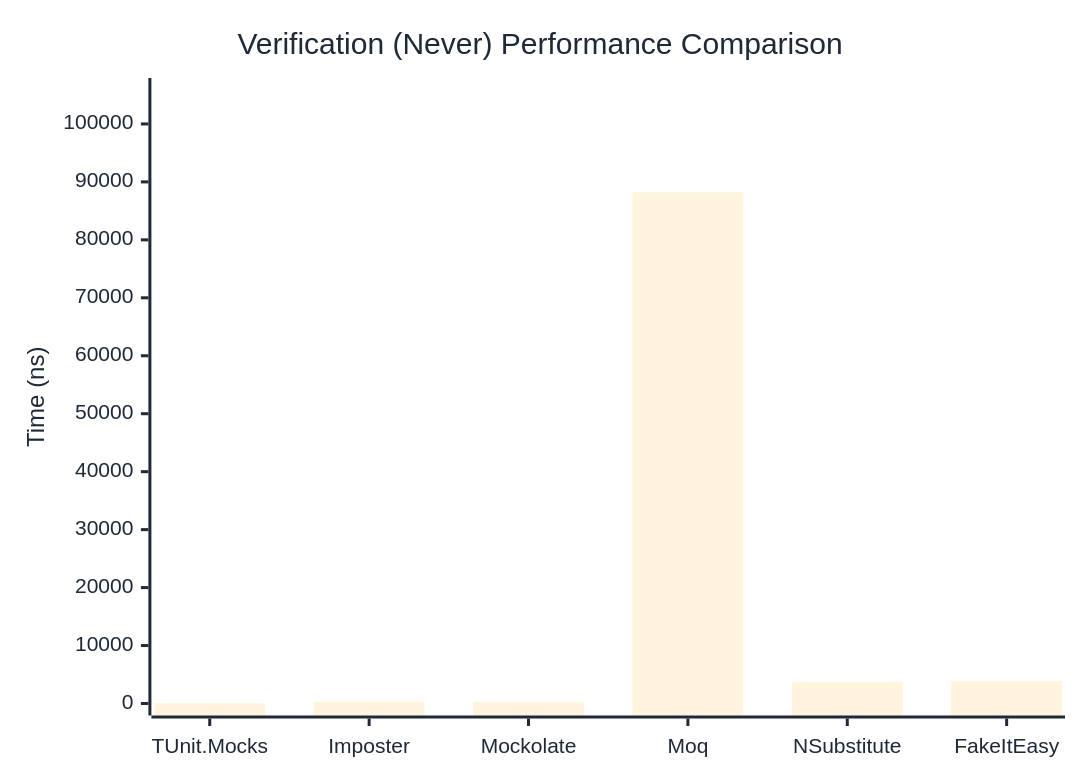
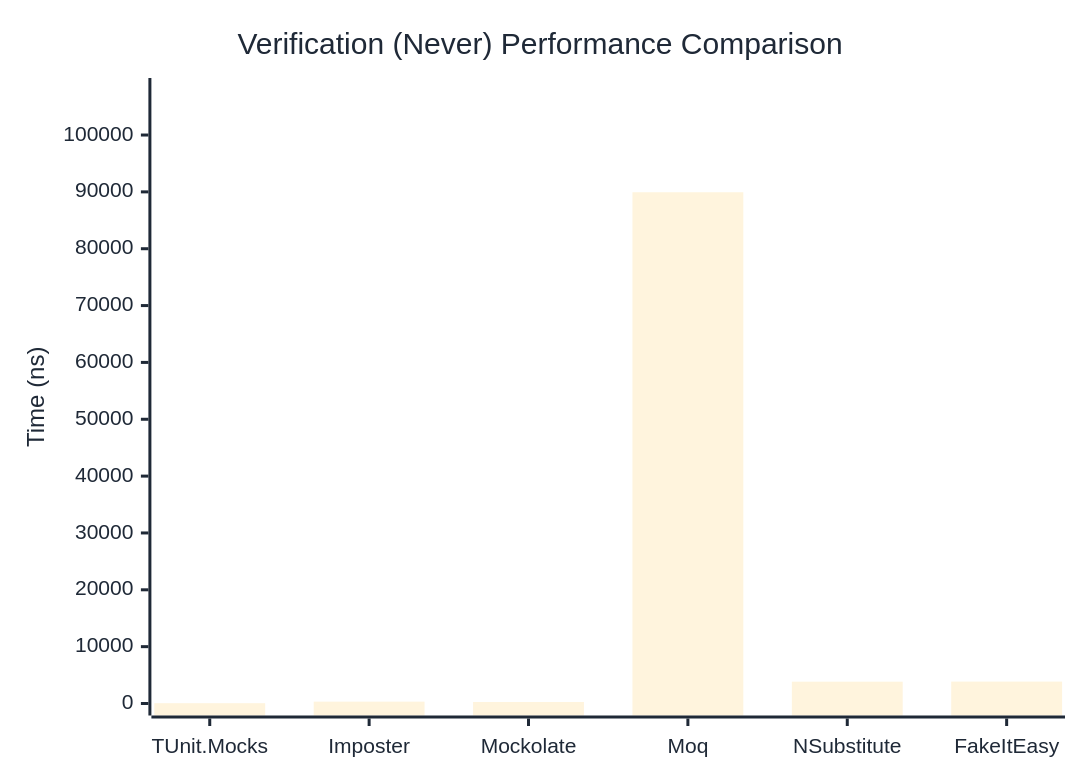
The second of 3 diagrams in docs/docs/benchmarks/mocks/Verification.md (thomhurst/TUnit), drawn with Mermaid before and after one commit. The commit also changed other lines of this file and 14 other files, not shown here.

````diff
--- a/docs/docs/benchmarks/mocks/Verification.md
+++ b/docs/docs/benchmarks/mocks/Verification.md
@@ -71,27 +71,27 @@
 ```mermaid
 %%{init: {
   'theme':'base',
   'themeVariables': {
     'primaryColor': '#2563eb',
     'primaryTextColor': '#1f2937',
     'primaryBorderColor': '#1e40af',
     'lineColor': '#6b7280',
     'secondaryColor': '#7c3aed',
     'tertiaryColor': '#dc2626',
     'background': '#ffffff',
     'pie1': '#2563eb',
     'pie2': '#7c3aed',
     'pie3': '#dc2626',
     'pie4': '#f59e0b',
     'pie5': '#10b981',
     'pie6': '#06b6d4',
     'pie7': '#ec4899',
     'pie8': '#6366f1'
   }
 }}%%
 xychart-beta
   title "Verification (Never) Performance Comparison"
   x-axis ["TUnit.Mocks", "Imposter", "Mockolate", "Moq", "NSubstitute", "FakeItEasy"]
-  y-axis "Time (ns)" 0 --> 105856
-  bar [53.14, 324.76, 231.34, 88212.51, 3662.17, 3843.24]
+  y-axis "Time (ns)" 0 --> 107921
+  bar [52.27, 325.63, 263.19, 89933.78, 3838.44, 3853.79]
 ```
````
